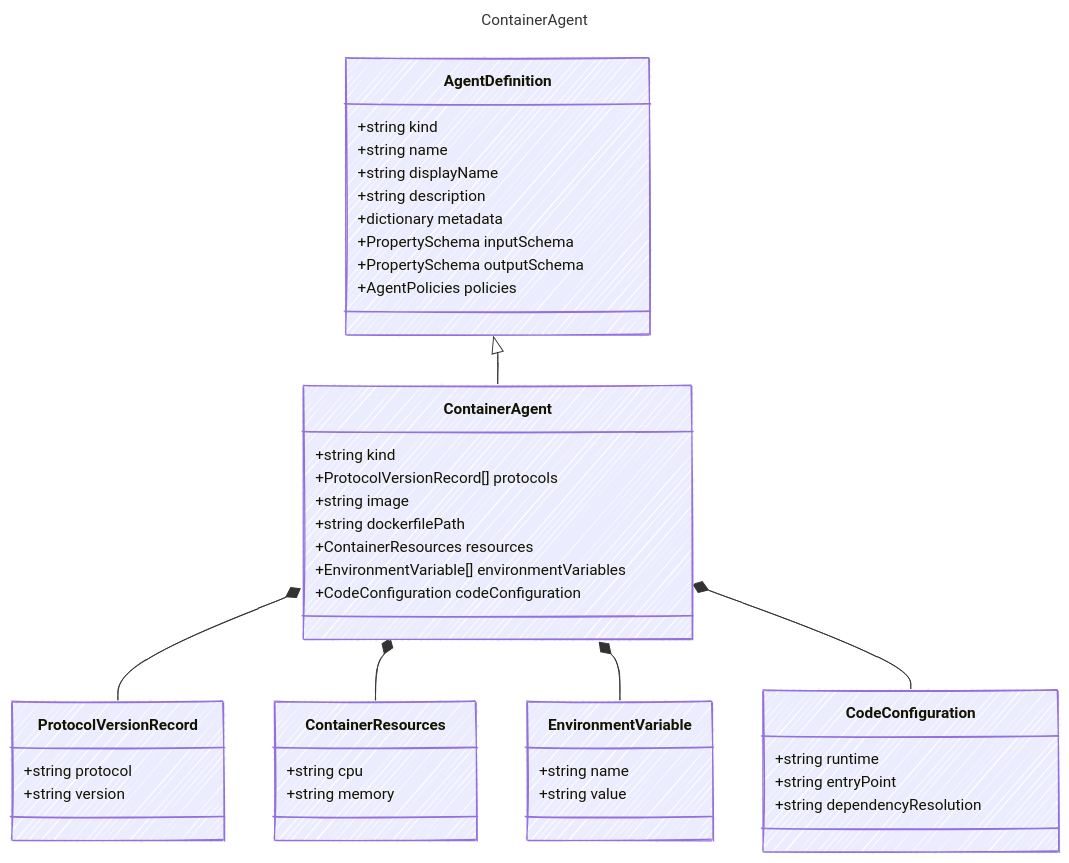
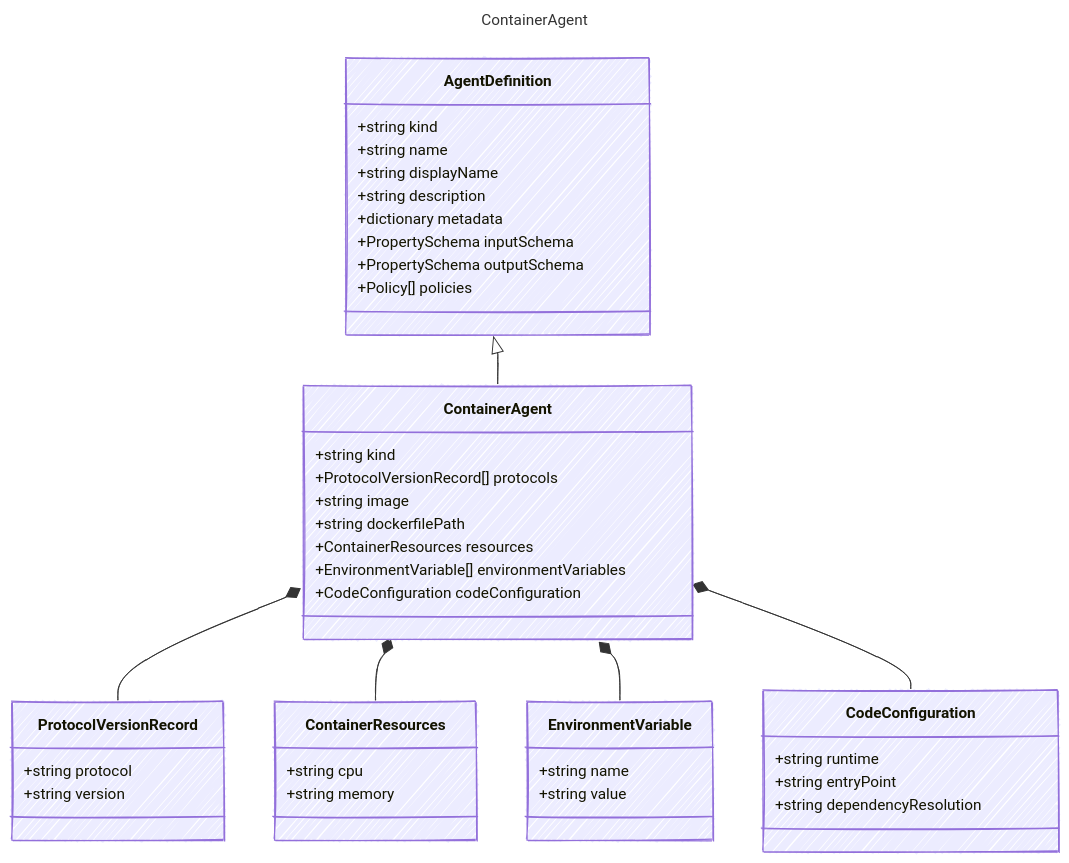
One commit to microsoft/AgentSchema changed the diagram in docs/src/content/docs/reference/ContainerAgent.md. Above: the diagram before and after it, drawn with Mermaid. The commit also changed 48 other files, not shown here.

First line of the commit message:
Make policies a generic typed list on AgentDefinition

````diff
--- a/docs/src/content/docs/reference/ContainerAgent.md
+++ b/docs/src/content/docs/reference/ContainerAgent.md
@@ -13,53 +13,53 @@
 ```mermaid
 ---
 title: ContainerAgent
 config:
   look: handDrawn
   theme: colorful
   class:
     hideEmptyMembersBox: true
 ---
 classDiagram
     class AgentDefinition {
         +string kind
         +string name
         +string displayName
         +string description
         +dictionary metadata
         +PropertySchema inputSchema
         +PropertySchema outputSchema
-        +AgentPolicies policies
+        +Policy[] policies
     }
     AgentDefinition <|-- ContainerAgent
     class ContainerAgent {
       
         +string kind
         +ProtocolVersionRecord[] protocols
         +string image
         +string dockerfilePath
         +ContainerResources resources
         +EnvironmentVariable[] environmentVariables
         +CodeConfiguration codeConfiguration
     }
     class ProtocolVersionRecord {
         +string protocol
         +string version
     }
     ContainerAgent *-- ProtocolVersionRecord
     class ContainerResources {
         +string cpu
         +string memory
     }
     ContainerAgent *-- ContainerResources
     class EnvironmentVariable {
         +string name
         +string value
     }
     ContainerAgent *-- EnvironmentVariable
     class CodeConfiguration {
         +string runtime
         +string entryPoint
         +string dependencyResolution
     }
     ContainerAgent *-- CodeConfiguration
 ```
````
